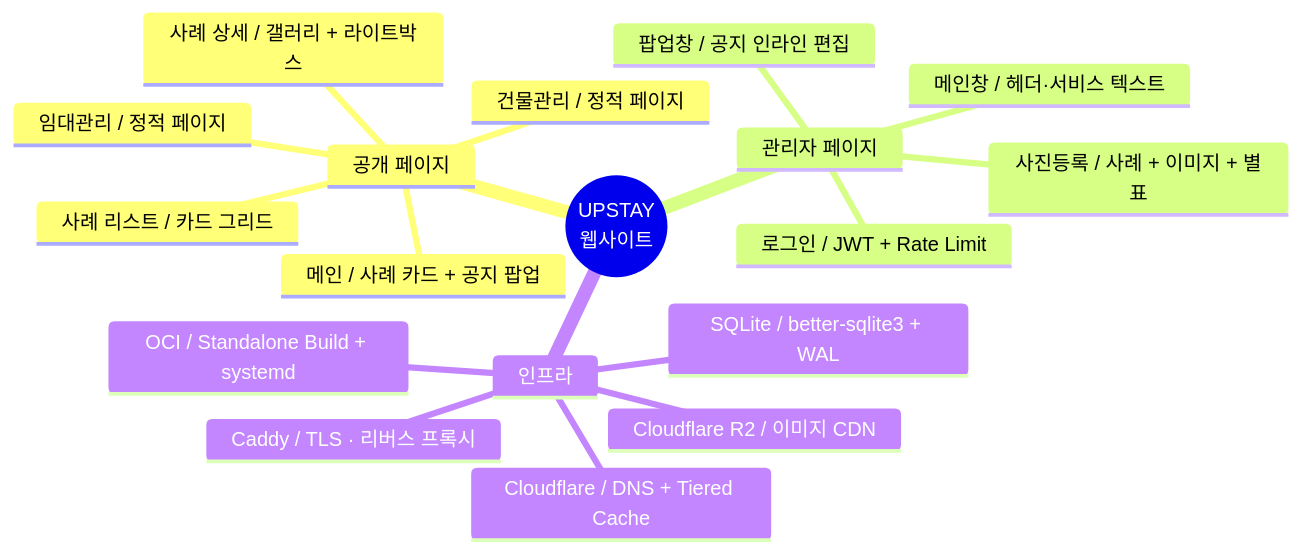
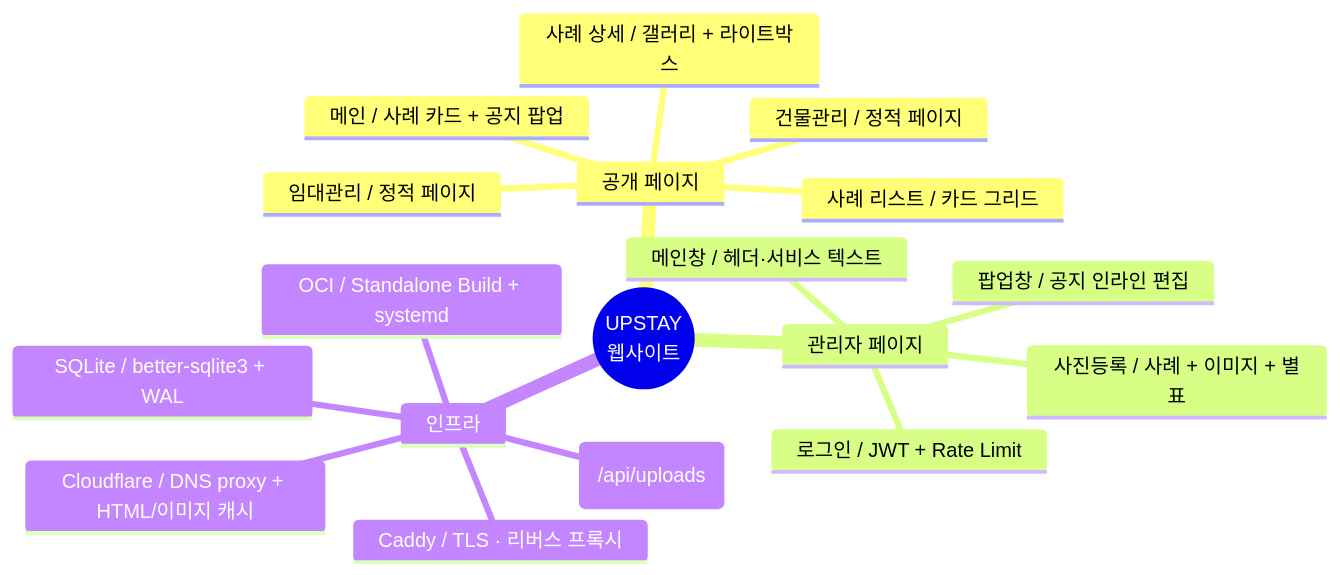
One commit to doublesilver/upstay-website changed the first of 11 diagrams in README.md. Above: the diagram before and after it, drawn with Mermaid. The commit also changed other lines of this file and 1 other file, not shown here.

First line of the commit message:
docs: README·e2e 스크립트를 arm-big origin 직접 서빙 현실로 정정 (검수 H-3/H-4)

````diff
--- a/README.md
+++ b/README.md
@@ -39,21 +38,21 @@
 ```mermaid
 mindmap
   root((UPSTAY<br/>웹사이트))
     공개 페이지
       메인 / 사례 카드 + 공지 팝업
       사례 리스트 / 카드 그리드
       사례 상세 / 갤러리 + 라이트박스
       건물관리 / 정적 페이지
       임대관리 / 정적 페이지
     관리자 페이지
       로그인 / JWT + Rate Limit
       메인창 / 헤더·서비스 텍스트
       사진등록 / 사례 + 이미지 + 별표
       팝업창 / 공지 인라인 편집
     인프라
       OCI / Standalone Build + systemd
       Caddy / TLS · 리버스 프록시
       SQLite / better-sqlite3 + WAL
-      Cloudflare R2 / 이미지 CDN
-      Cloudflare / DNS + Tiered Cache
+      이미지 / origin 직접 서빙 (/api/uploads)
+      Cloudflare / DNS proxy + HTML/이미지 캐시
 ```
````
